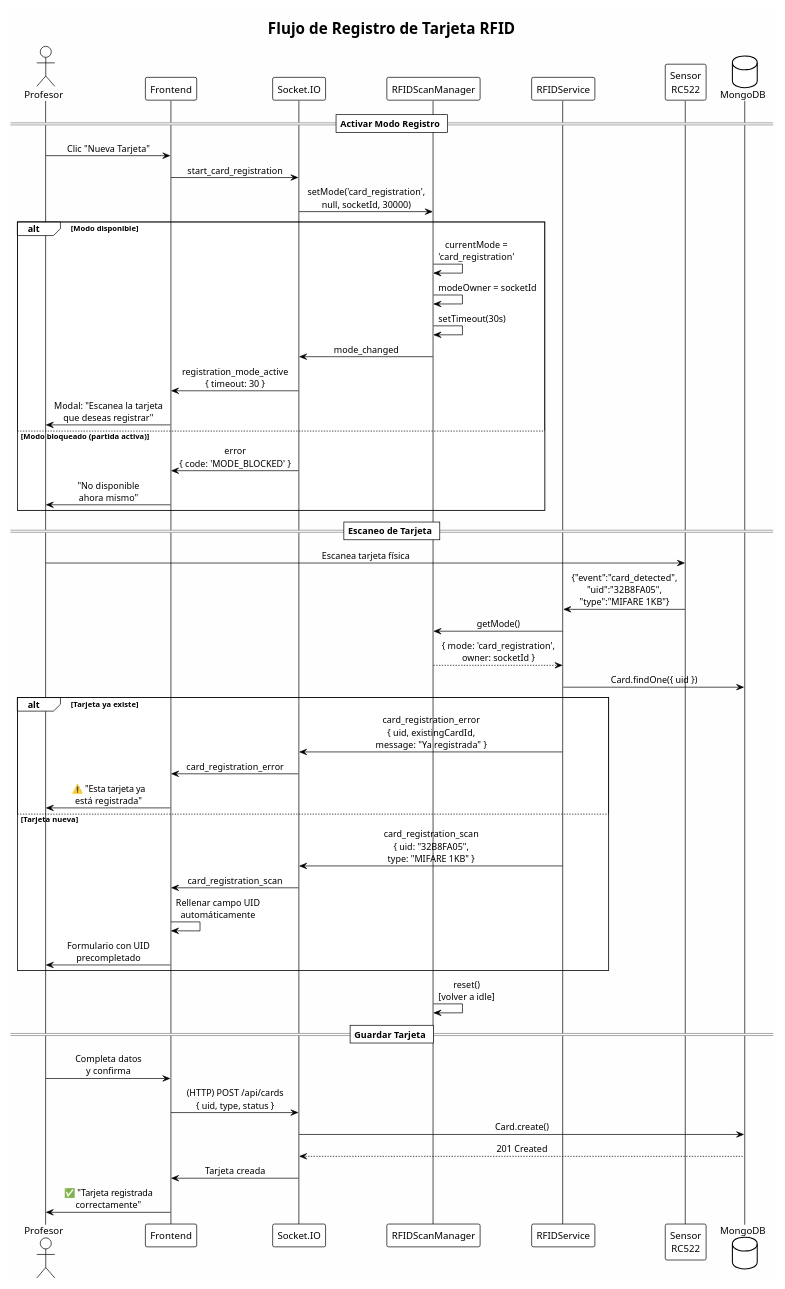
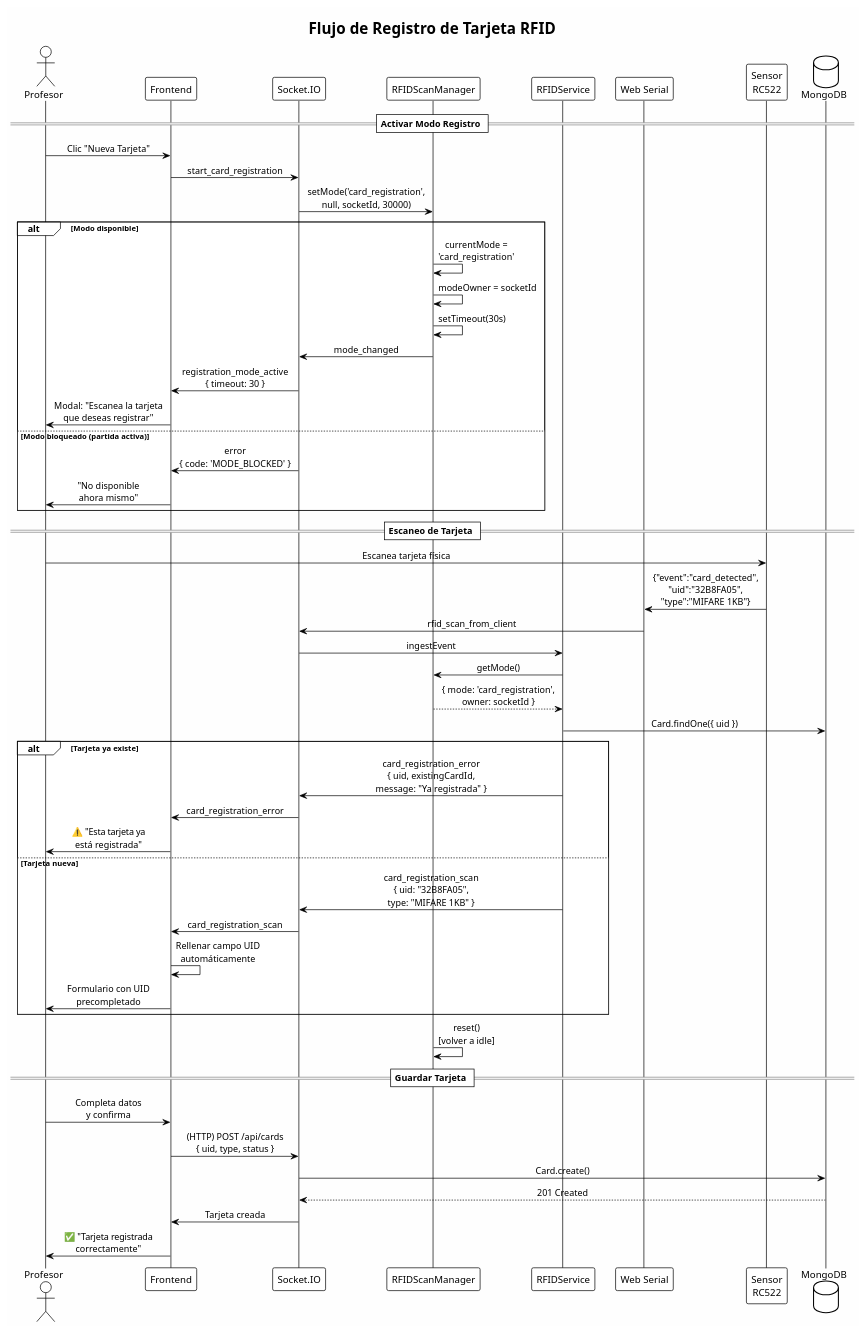
The diagram in backend/docs/diagrams/rfid_card_registration.puml (Samuel-Prog-CSec/TFG-IoT), drawn with PlantUML before and after one commit. The commit also changed 37 other files, not shown here.

First line of the commit message:
feat: migración de la arquitectura RFID a la API Web Serial

```diff
--- a/backend/docs/diagrams/rfid_card_registration.puml
+++ b/backend/docs/diagrams/rfid_card_registration.puml
@@ -1,69 +1,72 @@
 @startuml RFID_Card_Registration
 
 !theme plain
 skinparam backgroundColor #FEFEFE
 skinparam sequenceMessageAlign center
 
 title Flujo de Registro de Tarjeta RFID
 
 actor Profesor as User
 participant "Frontend" as FE
 participant "Socket.IO" as Socket
 participant "RFIDScanManager" as Manager
 participant "RFIDService" as RFID
+participant "Web Serial" as WebSerial
 participant "Sensor\nRC522" as Sensor
 database "MongoDB" as DB
 
 == Activar Modo Registro ==
 
 User -> FE : Clic "Nueva Tarjeta"
 FE -> Socket : start_card_registration
 
 Socket -> Manager : setMode('card_registration',\nnull, socketId, 30000)
 
 alt Modo disponible
     Manager -> Manager : currentMode =\n'card_registration'
     Manager -> Manager : modeOwner = socketId
     Manager -> Manager : setTimeout(30s)
     
     Manager -> Socket : mode_changed
     Socket -> FE : registration_mode_active\n{ timeout: 30 }
     FE -> User : Modal: "Escanea la tarjeta\nque deseas registrar"
 else Modo bloqueado (partida activa)
     Socket -> FE : error\n{ code: 'MODE_BLOCKED' }
     FE -> User : "No disponible\nahora mismo"
 end
 
 == Escaneo de Tarjeta ==
 
 User -> Sensor : Escanea tarjeta física
-Sensor -> RFID : {"event":"card_detected",\n"uid":"32B8FA05",\n"type":"MIFARE 1KB"}
+Sensor -> WebSerial : {"event":"card_detected",\n"uid":"32B8FA05",\n"type":"MIFARE 1KB"}
+WebSerial -> Socket : rfid_scan_from_client
+Socket -> RFID : ingestEvent
 
 RFID -> Manager : getMode()
 Manager --> RFID : { mode: 'card_registration',\nowner: socketId }
 
 RFID -> DB : Card.findOne({ uid })
 
 alt Tarjeta ya existe
     RFID -> Socket : card_registration_error\n{ uid, existingCardId,\nmessage: "Ya registrada" }
     Socket -> FE : card_registration_error
     FE -> User : ⚠️ "Esta tarjeta ya\nestá registrada"
 else Tarjeta nueva
     RFID -> Socket : card_registration_scan\n{ uid: "32B8FA05",\ntype: "MIFARE 1KB" }
     Socket -> FE : card_registration_scan
     FE -> FE : Rellenar campo UID\nautomáticamente
     FE -> User : Formulario con UID\nprecompletado
 end
 
 Manager -> Manager : reset()\n[volver a idle]
 
 == Guardar Tarjeta ==
 
 User -> FE : Completa datos\ny confirma
 FE -> Socket : (HTTP) POST /api/cards\n{ uid, type, status }
 Socket -> DB : Card.create()
 DB --> Socket : 201 Created
 Socket -> FE : Tarjeta creada
 FE -> User : ✅ "Tarjeta registrada\ncorrectamente"
 
 @enduml
```
